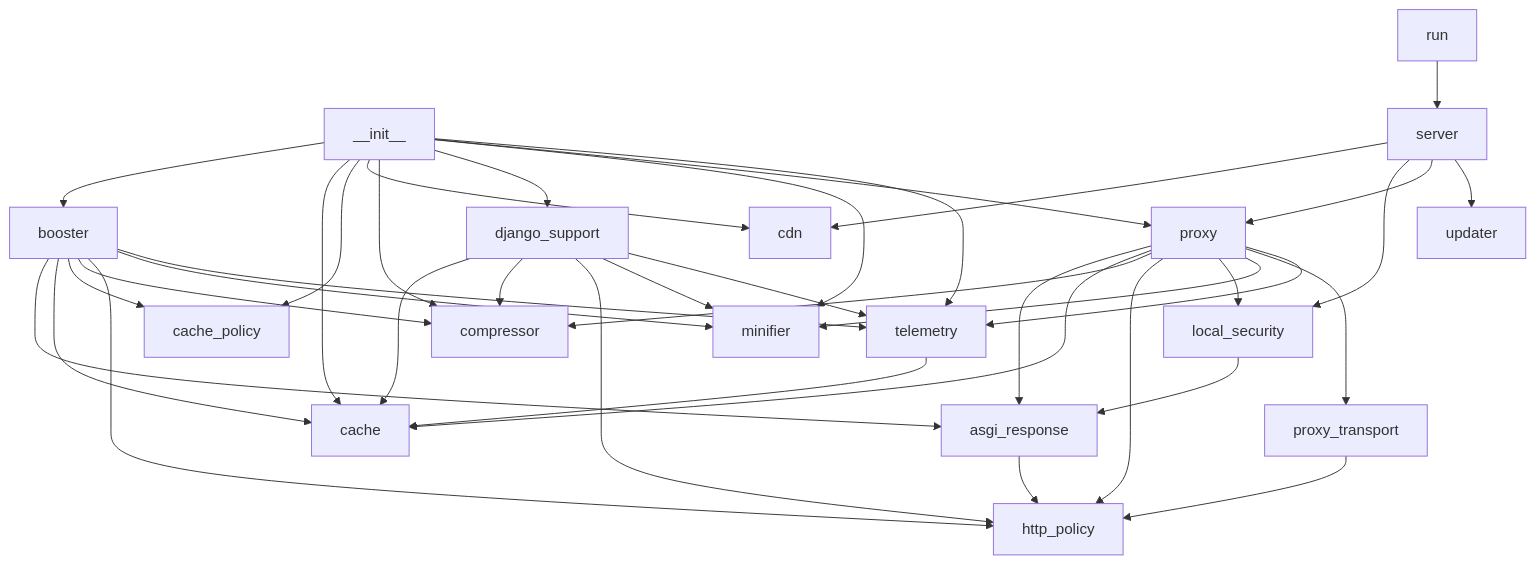
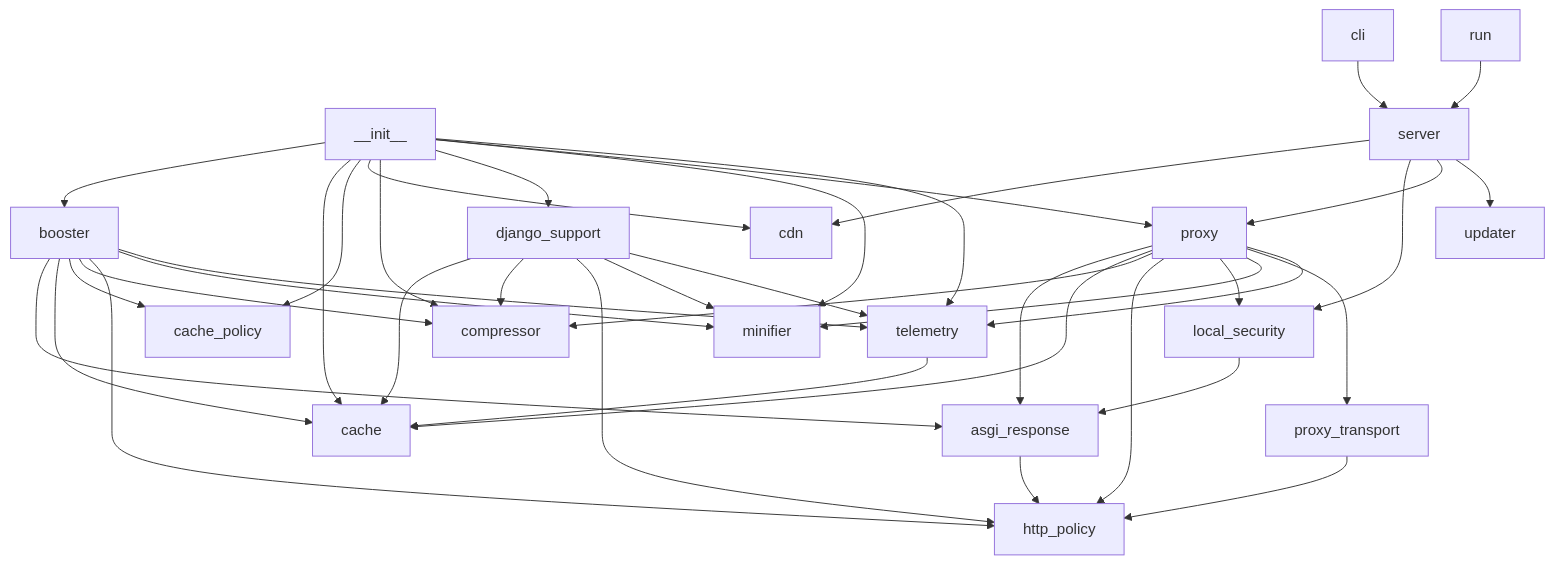
The diagram in CODEMAP.md (Gaazi/booster), drawn with Mermaid before and after one commit. The commit also changed other lines of this file and 21 other files, not shown here.

````diff
--- a/CODEMAP.md
+++ b/CODEMAP.md
@@ -193,41 +226,42 @@
 ```mermaid
 graph TD
   __init__ --> booster
   __init__ --> cache
   __init__ --> cache_policy
   __init__ --> cdn
   __init__ --> compressor
   __init__ --> django_support
   __init__ --> minifier
   __init__ --> proxy
   __init__ --> telemetry
   asgi_response --> http_policy
   booster --> asgi_response
   booster --> cache
   booster --> cache_policy
   booster --> compressor
   booster --> http_policy
   booster --> minifier
   booster --> telemetry
+  cli --> server
   django_support --> cache
   django_support --> compressor
   django_support --> http_policy
   django_support --> minifier
   django_support --> telemetry
   local_security --> asgi_response
   proxy --> asgi_response
   proxy --> cache
   proxy --> compressor
   proxy --> http_policy
   proxy --> local_security
   proxy --> minifier
   proxy --> proxy_transport
   proxy --> telemetry
   proxy_transport --> http_policy
   run --> server
   server --> cdn
   server --> local_security
   server --> proxy
   server --> updater
   telemetry --> cache
 ```
````
